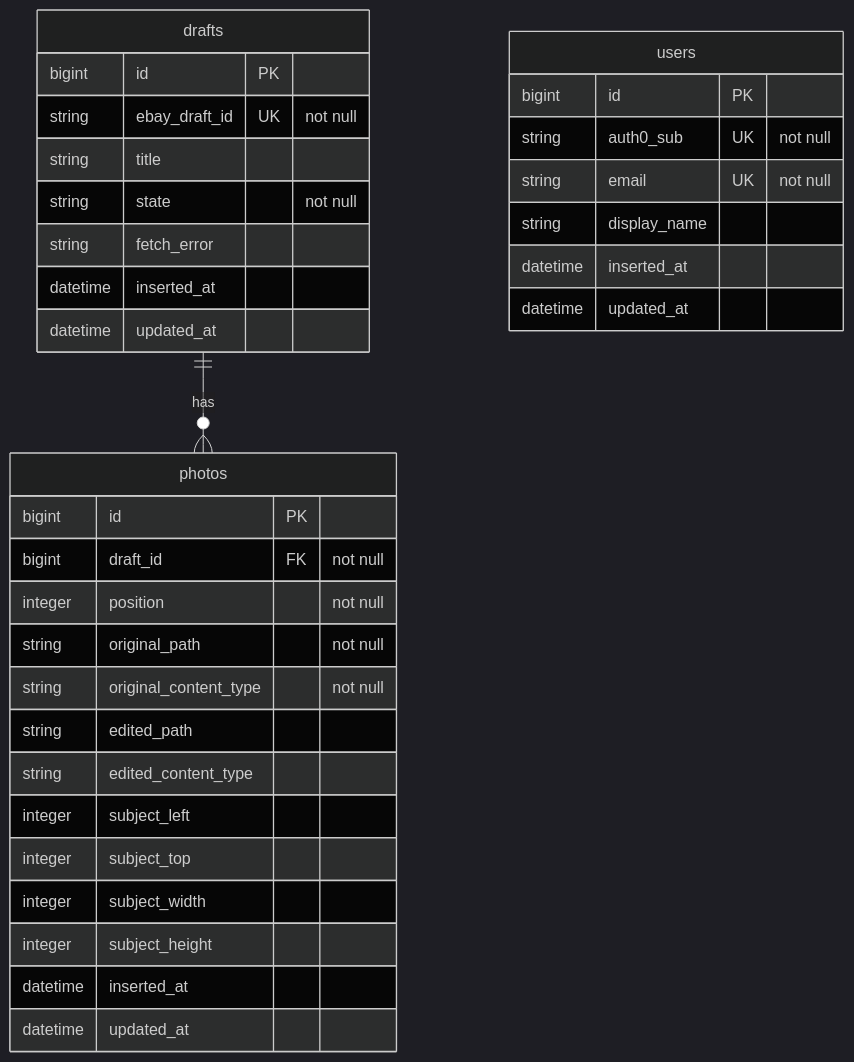
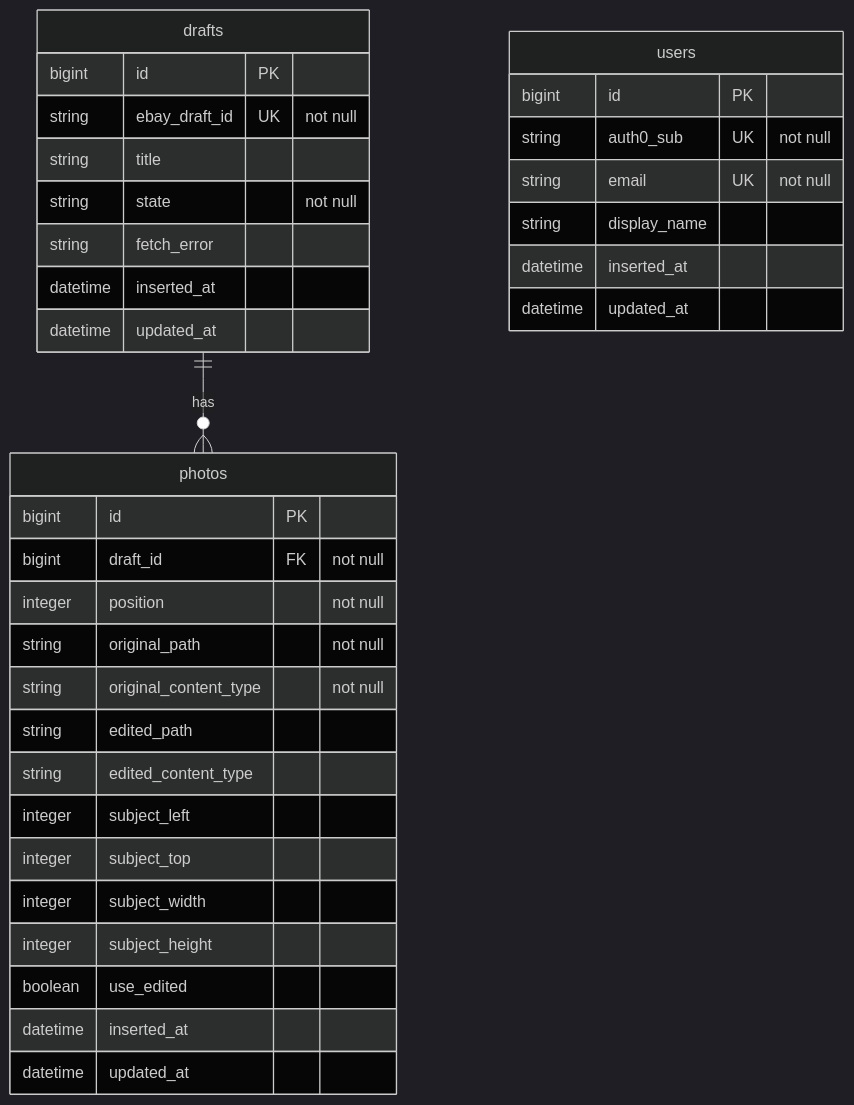
One commit to dewetblomerus/flipper changed the diagram in docs/erd.md. Above: the diagram before and after it, drawn with Mermaid (dark theme). The commit also changed other lines of this file and 22 other files, not shown here.

````diff
--- a/docs/erd.md
+++ b/docs/erd.md
@@ -7,39 +7,40 @@
 ```mermaid
 erDiagram
     drafts ||--o{ photos : has
 
     users {
         bigint id PK
         string auth0_sub UK "not null"
         string email UK "not null"
         string display_name
         datetime inserted_at
         datetime updated_at
     }
 
     drafts {
         bigint id PK
         string ebay_draft_id UK "not null"
         string title
         string state "not null"
         string fetch_error
         datetime inserted_at
         datetime updated_at
     }
 
     photos {
         bigint id PK
         bigint draft_id FK "not null"
         integer position "not null"
         string original_path "not null"
         string original_content_type "not null"
         string edited_path
         string edited_content_type
         integer subject_left
         integer subject_top
         integer subject_width
         integer subject_height
+        boolean use_edited
         datetime inserted_at
         datetime updated_at
     }
 ```
````
